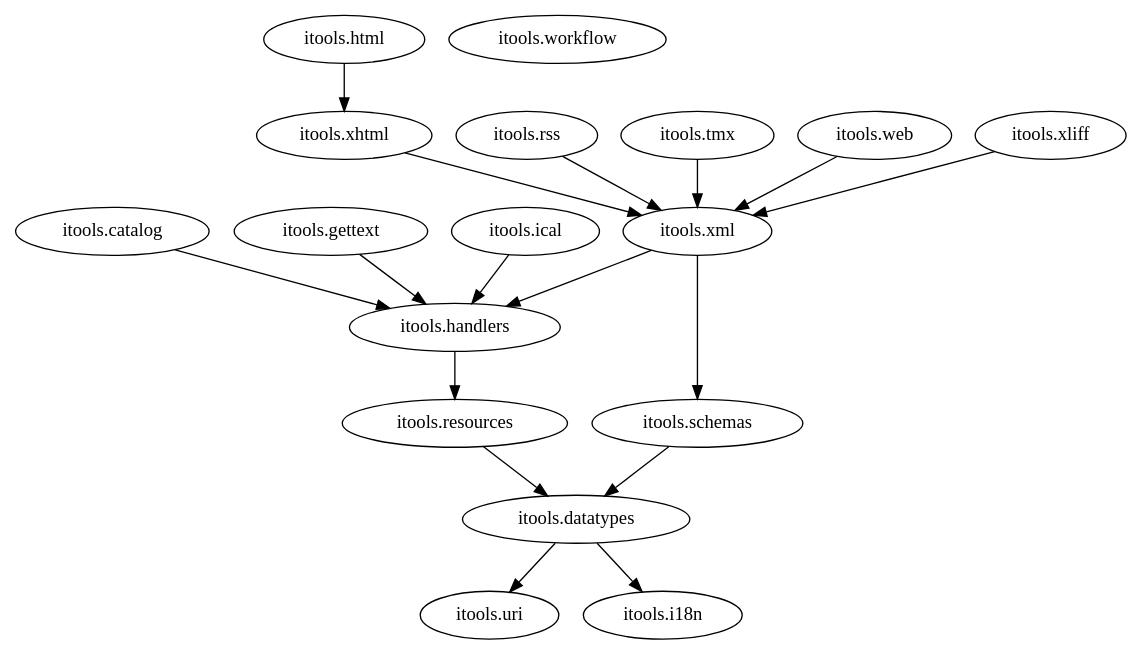
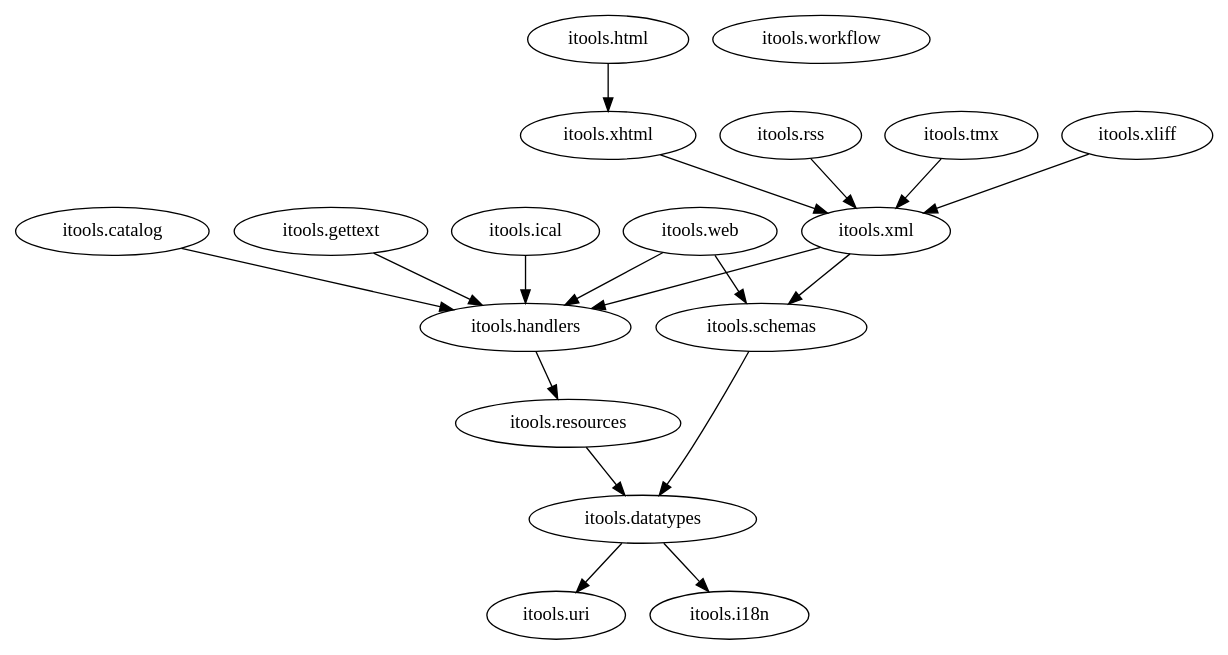
One commit to hforge/itools changed the diagram in doc/packages.dot. Above: the diagram before and after it, drawn with Graphviz. The commit also changed 9 other files, not shown here.

First line of the commit message:
schemas, add registry

```diff
--- a/doc/packages.dot
+++ b/doc/packages.dot
@@ -1,68 +1,68 @@
 digraph G {
 ##  "itools.catalog" -> "itools.uri";
   "itools.catalog" -> "itools.handlers";
 
   "itools.datatypes" -> "itools.uri";
   "itools.datatypes" -> "itools.i18n";
 
 ##  "itools.handlers" -> "itools.uri";
   "itools.handlers" -> "itools.resources";
 
 ##  "itools.html" -> "itools.datatypes";
 ##  "itools.html" -> "itools.handlers";
 ##  "itools.html" -> "itools.xml";
   "itools.html" -> "itools.xhtml";
 
 ##  "itools.gettext" -> "itools.resources";
   "itools.gettext" -> "itools.handlers";
 ##  "itools.gettext" -> "itools.i18n";
 
   "itools.ical" -> "itools.handlers";
 ##  "itools.ical" -> "itools.datatypes";
 ##  "itools.ical" -> "itools.resources";
 
 ##  "itools.resources" -> "itools.uri";
 ##  "itools.resources" -> "itools.i18n";
   "itools.resources" -> "itools.datatypes";
 
 ##  "itools.rss" -> "itools.handlers";
   "itools.rss" -> "itools.xml";
 
   "itools.schemas" -> "itools.datatypes";
 
 ##  "itools.tmx" -> "itools.handlers";
   "itools.tmx" -> "itools.xml";
 
-##  "itools.web" -> "itools.handlers";
+  "itools.web" -> "itools.handlers";
+  "itools.web" -> "itools.schemas";
 ##  "itools.web" -> "itools.uri";
 ##  "itools.web" -> "itools.datatypes";
-  "itools.web" -> "itools.xml";
 ##  "itools.web" -> "itools.resources";
 ##  "itools.web" -> "itools.i18n";
 
   "itools.workflow";
 
 ##  "itools.xhtml" -> "itools.datatypes";
   "itools.xhtml" -> "itools.xml";
 ##  "itools.xhtml" -> "itools.i18n";
 
 ##  "itools.xliff" -> "itools.handlers";
   "itools.xliff" -> "itools.xml";
 
 ##  "itools.xml" -> "itools.datatypes";
   "itools.xml" -> "itools.schemas";
   "itools.xml" -> "itools.handlers";
 
 
-##  subgraph cluster_1 {
-##    label="XML";
-##    "itools.html";
-##    "itools.rss";
-##    "itools.tmx";
-##    "itools.xhtml";
-##    "itools.xliff";
-##    "itools.xml";
-##  }
+/*  subgraph cluster_1 {
+    label="XML";
+    "itools.html";
+    "itools.rss";
+    "itools.tmx";
+    "itools.xhtml";
+    "itools.xliff";
+    "itools.xml";
+  }*/
 
 
 }
```
